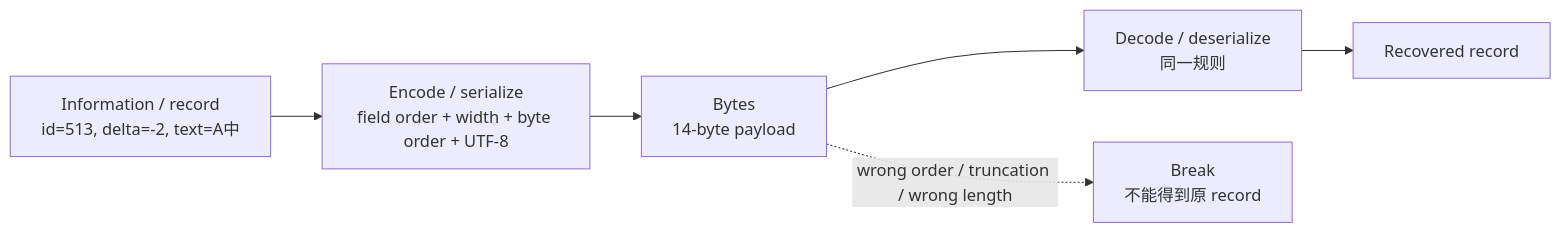
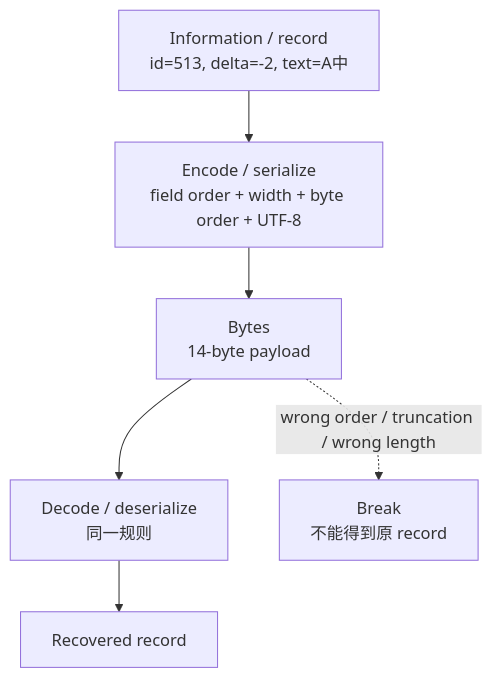
One commit to CN-JJB/essential-cs changed the diagram in book/01-information-representation/L01-04.md. Above: the diagram before and after it, drawn with Mermaid. The commit also changed other lines of this file, not shown here.

````diff
--- a/book/01-information-representation/L01-04.md
+++ b/book/01-information-representation/L01-04.md
@@ -33,9 +33,9 @@
 ```mermaid
-flowchart LR
+flowchart TB
     I[Information / record\nid=513, delta=-2, text=A中] --> E[Encode / serialize\nfield order + width + byte order + UTF-8]
     E --> B[Bytes\n14-byte payload]
     B --> D[Decode / deserialize\n同一规则]
     D --> O[Recovered record]
 
     B -. wrong order / truncation / wrong length .-> F[Break\n不能得到原 record]
 ```
````
